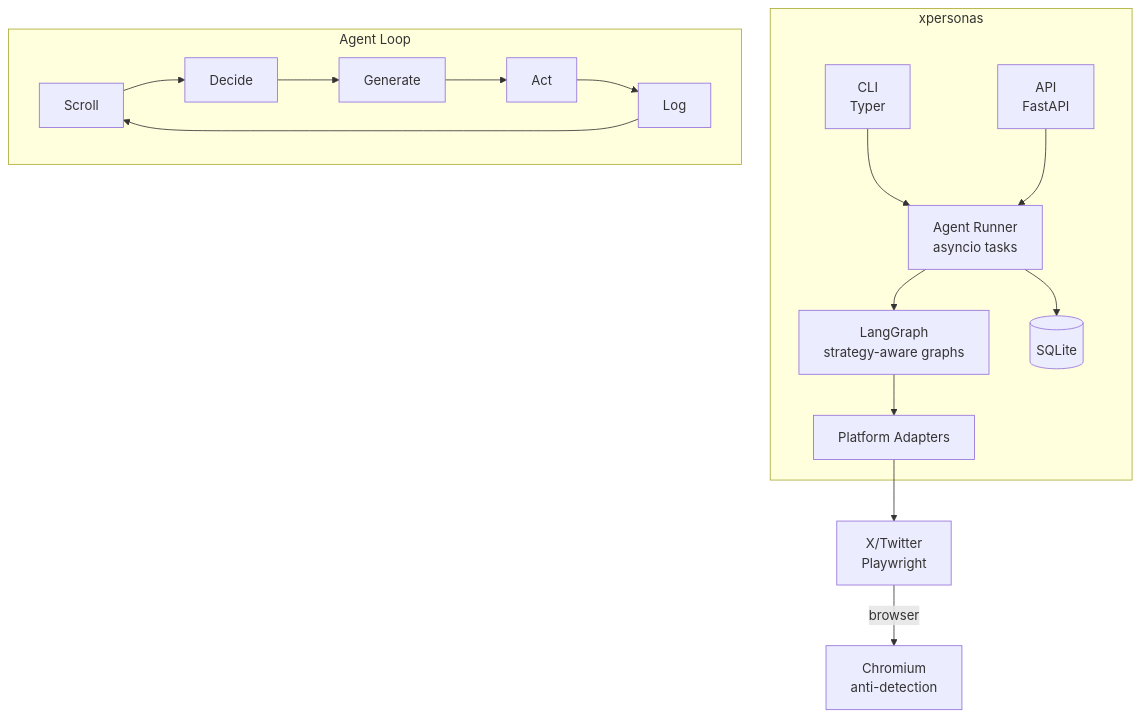
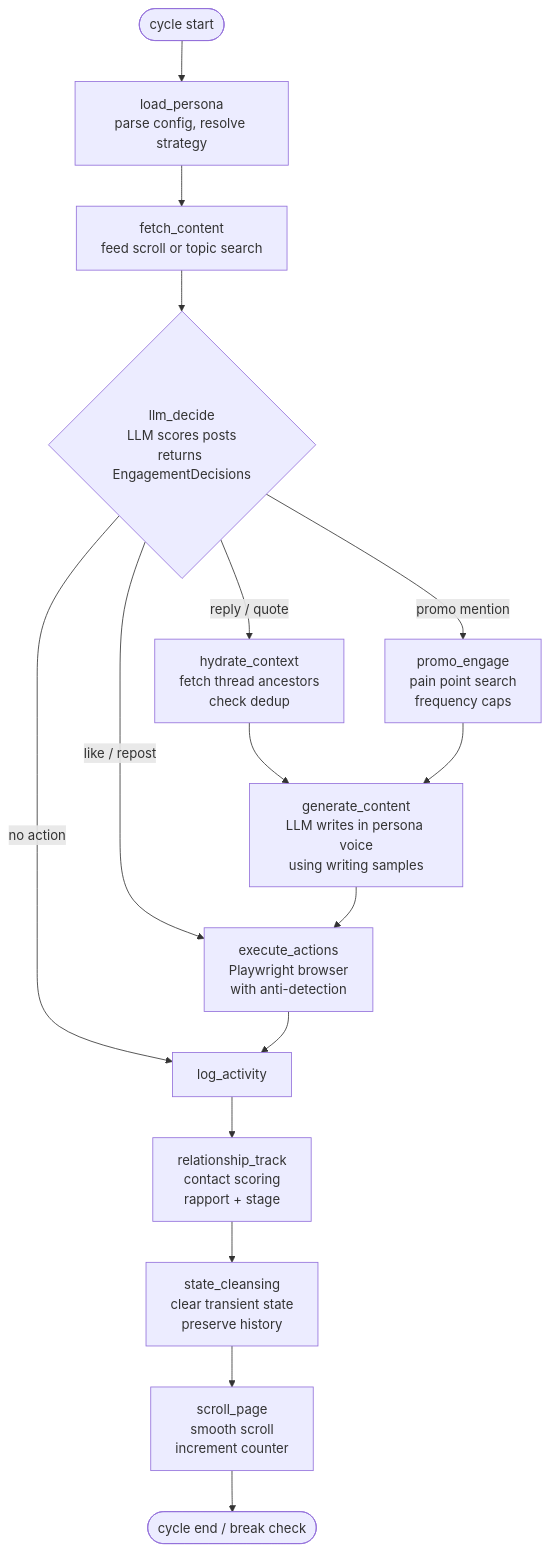
The second of 2 diagrams in README.md (yumpyy/x-persona), drawn with Mermaid before and after one commit. The commit also changed other lines of this file, not shown here.

First line of the commit message:
docs: professional architecture diagrams in README

````diff
--- a/README.md
+++ b/README.md
@@ -18,25 +84,22 @@
 ```mermaid
-graph TB
-    subgraph "xpersonas"
-        CLI[CLI<br/>Typer]
-        API[API<br/>FastAPI]
-        Runner[Agent Runner<br/>asyncio tasks]
-        Graph[LangGraph<br/>strategy-aware graphs]
-        Adapter[Platform Adapters]
-        DB[(SQLite)]
+flowchart TB
+    Start([cycle start]) --> LP[load_persona<br/>parse config, resolve strategy]
+    LP --> FC[fetch_content<br/>feed scroll or topic search]
+    FC --> LLM{llm_decide<br/>LLM scores posts<br/>returns EngagementDecisions}
 
-        CLI --> Runner
-        API --> Runner
-        Runner --> Graph
-        Graph --> Adapter
-        Runner --> DB
-    end
+    LLM -->|reply / quote| HC[hydrate_context<br/>fetch thread ancestors<br/>check dedup]
+    LLM -->|like / repost| EA[execute_actions<br/>Playwright browser<br/>with anti-detection]
+    LLM -->|promo mention| PE[promo_engage<br/>pain point search<br/>frequency caps]
+    LLM -->|no action| LA[log_activity]
 
-    Adapter --> X[X/Twitter<br/>Playwright]
-    X -->|browser| Browser[Chromium<br/>anti-detection]
+    HC --> GC[generate_content<br/>LLM writes in persona voice<br/>using writing samples]
+    GC --> EA
+    PE --> GC
 
-    subgraph "Agent Loop"
-        direction LR
-        S[Scroll] --> D[Decide] --> G[Generate] --> A[Act] --> L[Log] --> S
-    end
+    EA --> LA
+
+    LA --> RT[relationship_track<br/>contact scoring<br/>rapport + stage]
+    RT --> SC[state_cleansing<br/>clear transient state<br/>preserve history]
+    SC --> SP[scroll_page<br/>smooth scroll<br/>increment counter]
+    SP --> END([cycle end / break check])
 ```
````
